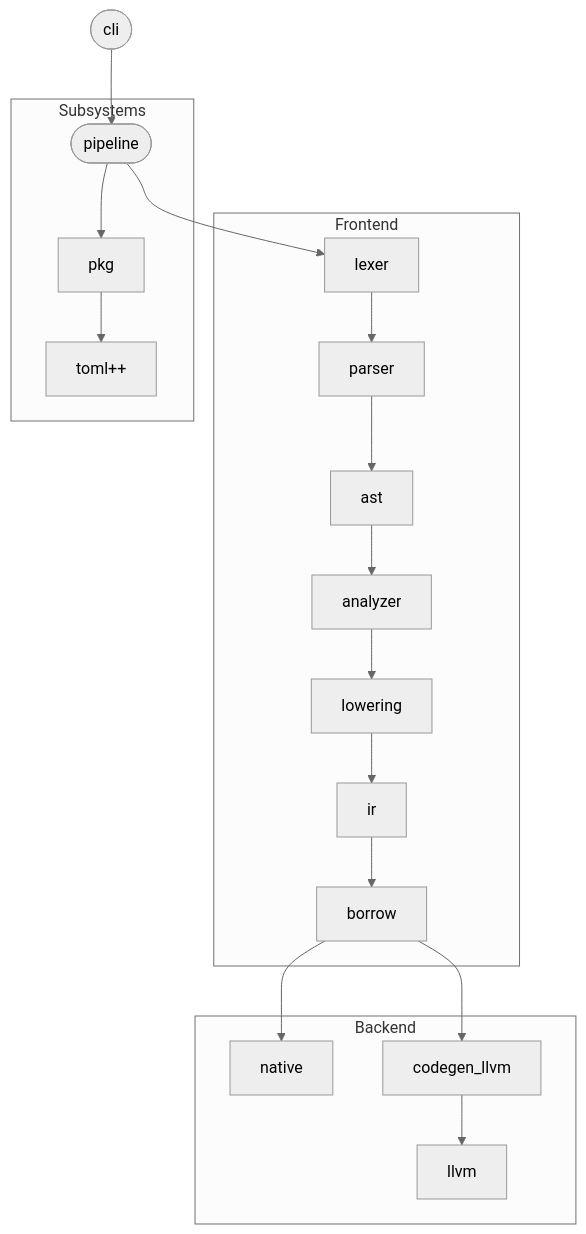
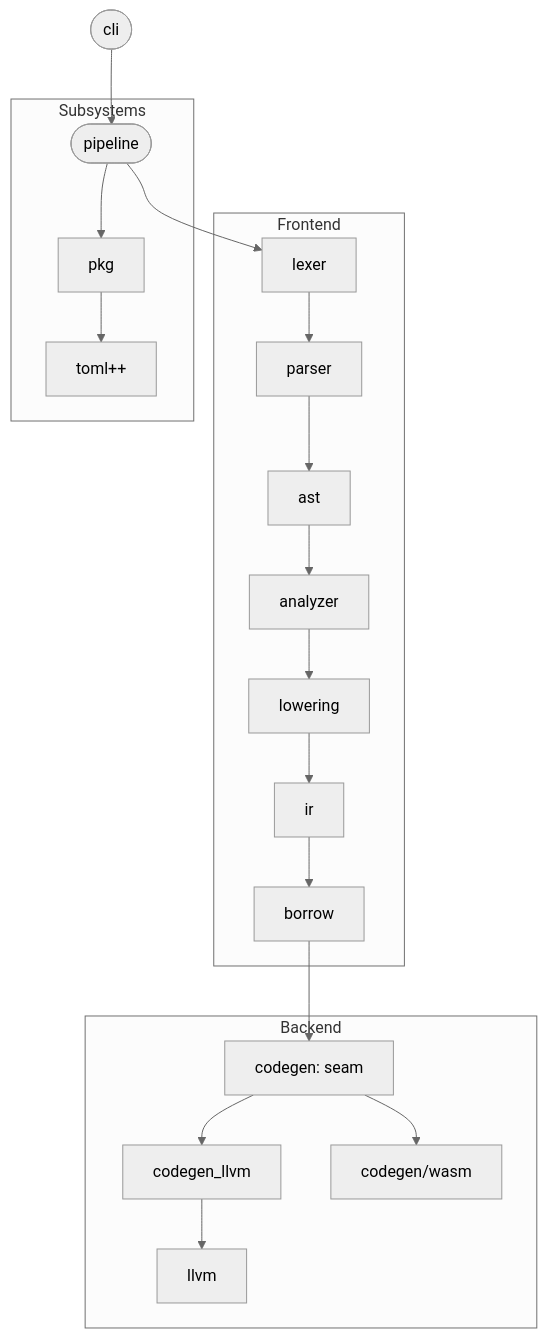
Before and after one commit to alcy-project/alcy: the diagram in compiler/docs/architecture.md, drawn with Mermaid (neutral theme). The commit also changed other lines of this file and 18 other files, not shown here.

````diff
--- a/compiler/docs/architecture.md
+++ b/compiler/docs/architecture.md
@@ -177,25 +178,26 @@
 ```mermaid
 flowchart TD
     cli([cli]) --> pipeline([pipeline])
 
     subgraph Frontend
         lexer --> parser
         parser --> ast
         ast --> analyzer
         analyzer --> lowering
         lowering --> ir
         ir --> borrow
     end
 
     subgraph Backend
-        borrow --> codegen[native]
-        borrow --> codegen_llvm
+        borrow --> codegen[codegen: seam]
+        codegen --> codegen_llvm
+        codegen --> codegen_wasm[codegen/wasm]
         codegen_llvm --> llvm
     end
 
     subgraph Subsystems
         pipeline --> pkg
         pipeline --> lexer
         pkg --> toml++
     end
 ```
````
